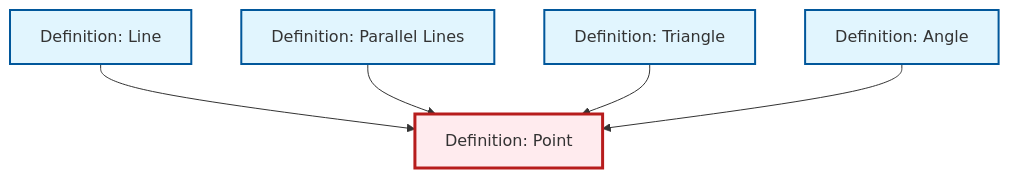
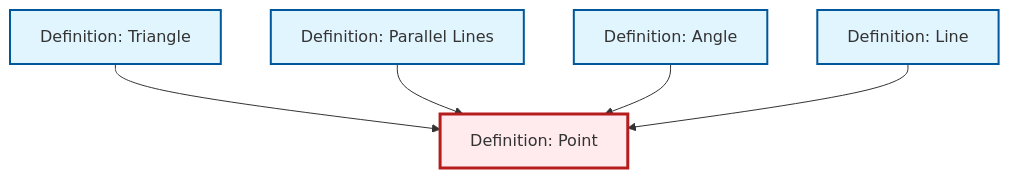
One commit to RK0429/ModernMath changed the diagram in content/en/geometry/def-point.qmd. Above: the diagram before and after it, drawn with Mermaid. The commit also changed other lines of this file and 434 other files, not shown here.

````diff
--- a/content/en/geometry/def-point.qmd
+++ b/content/en/geometry/def-point.qmd
@@ -39,23 +39,23 @@
 ```{mermaid}
 %%| fig-cap: "Local dependency graph"
 graph TD
     classDef definition fill:#e1f5fe,stroke:#01579b,stroke-width:2px
     classDef theorem fill:#f3e5f5,stroke:#4a148c,stroke-width:2px
     classDef axiom fill:#fff3e0,stroke:#e65100,stroke-width:2px
     classDef example fill:#e8f5e9,stroke:#1b5e20,stroke-width:2px
     classDef current fill:#ffebee,stroke:#b71c1c,stroke-width:3px
-    def-parallel["Definition: Parallel Lines"]:::definition
     def-line["Definition: Line"]:::definition
     def-triangle["Definition: Triangle"]:::definition
     def-angle["Definition: Angle"]:::definition
+    def-parallel["Definition: Parallel Lines"]:::definition
     def-point["Definition: Point"]:::definition
+    def-triangle --> def-point
+    def-parallel --> def-point
+    def-angle --> def-point
     def-line --> def-point
-    def-parallel --> def-point
-    def-triangle --> def-point
-    def-angle --> def-point
     class def-point current
-    click def-parallel "def-parallel.html" "Go to Parallel Lines definition"
     click def-line "def-line.html" "Go to Line definition"
     click def-triangle "def-triangle.html" "Go to Triangle definition"
     click def-angle "def-angle.html" "Go to Angle definition"
+    click def-parallel "def-parallel.html" "Go to Parallel Lines definition"
 ```
````
